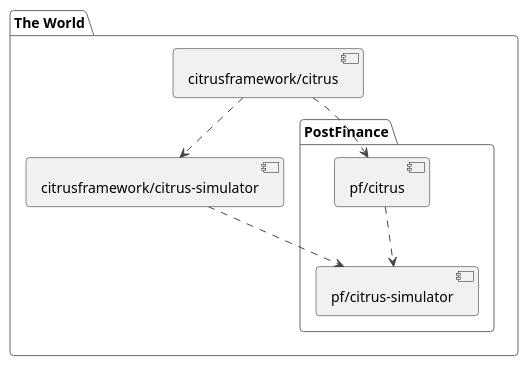
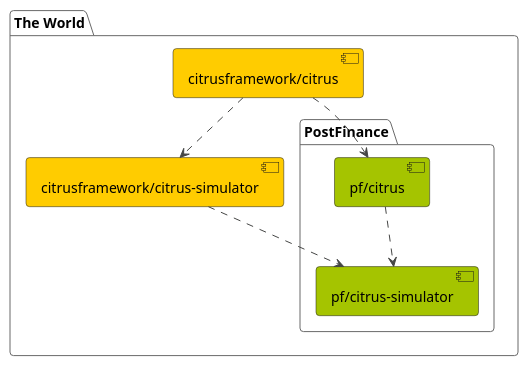
Before and after one commit to bbortt/devoxx-2025-citrus-openapi: the diagram in sketches/citrus-framework-landscape.puml, drawn with PlantUML. The commit also changed 25 other files, not shown here.

```diff
--- a/sketches/citrus-framework-landscape.puml
+++ b/sketches/citrus-framework-landscape.puml
@@ -1,22 +1,22 @@
 @startuml
 
 !theme vibrant
 
 package "The World" {
 
-    component "citrusframework/citrus" as cit
-    component "citrusframework/citrus-simulator" as sim
+    component "citrusframework/citrus" as cit #FFCC00
+    component "citrusframework/citrus-simulator" as sim #FFCC00
 
     cit ..> sim
 
     package "PostFinance" {
-        component "pf/citrus" as pfta
-        component "pf/citrus-simulator" as pfsim
+        component "pf/citrus" as pfta #A5C400
+        component "pf/citrus-simulator" as pfsim #A5C400
 
         cit ..> pfta
         pfta ..> pfsim
         sim ..> pfsim
     }
 }
 
 @enduml
```
